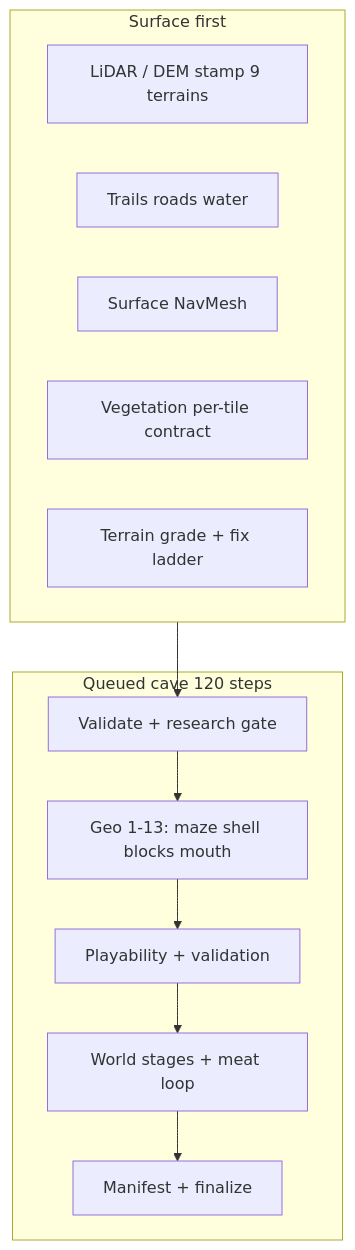
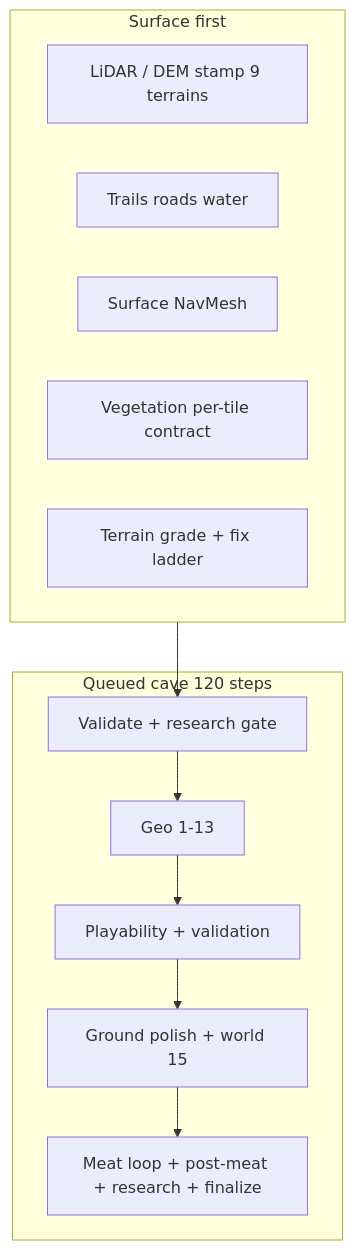
The diagram in Packages/com.cursor.environment-authoring-kit/README.md (JacobForges/environment-authoring-kit), drawn with Mermaid before and after one commit. The commit also changed other lines of this file and 19 other files, not shown here.

````diff
--- a/Packages/com.cursor.environment-authoring-kit/README.md
+++ b/Packages/com.cursor.environment-authoring-kit/README.md
@@ -67,18 +80,18 @@
 ```mermaid
 flowchart TB
   subgraph surface [Surface first]
     S1[LiDAR / DEM stamp 9 terrains]
     S2[Trails roads water]
     S3[Surface NavMesh]
     S4[Vegetation per-tile contract]
     S5[Terrain grade + fix ladder]
   end
   subgraph cave [Queued cave 120 steps]
     C0[Validate + research gate]
-    C1[Geo 1-13: maze shell blocks mouth]
+    C1[Geo 1-13]
     C2[Playability + validation]
-    C3[World stages + meat loop]
-    C4[Manifest + finalize]
+    C3[Ground polish + world 15]
+    C4[Meat loop + post-meat + research + finalize]
   end
   surface --> C0 --> C1 --> C2 --> C3 --> C4
 ```
````
